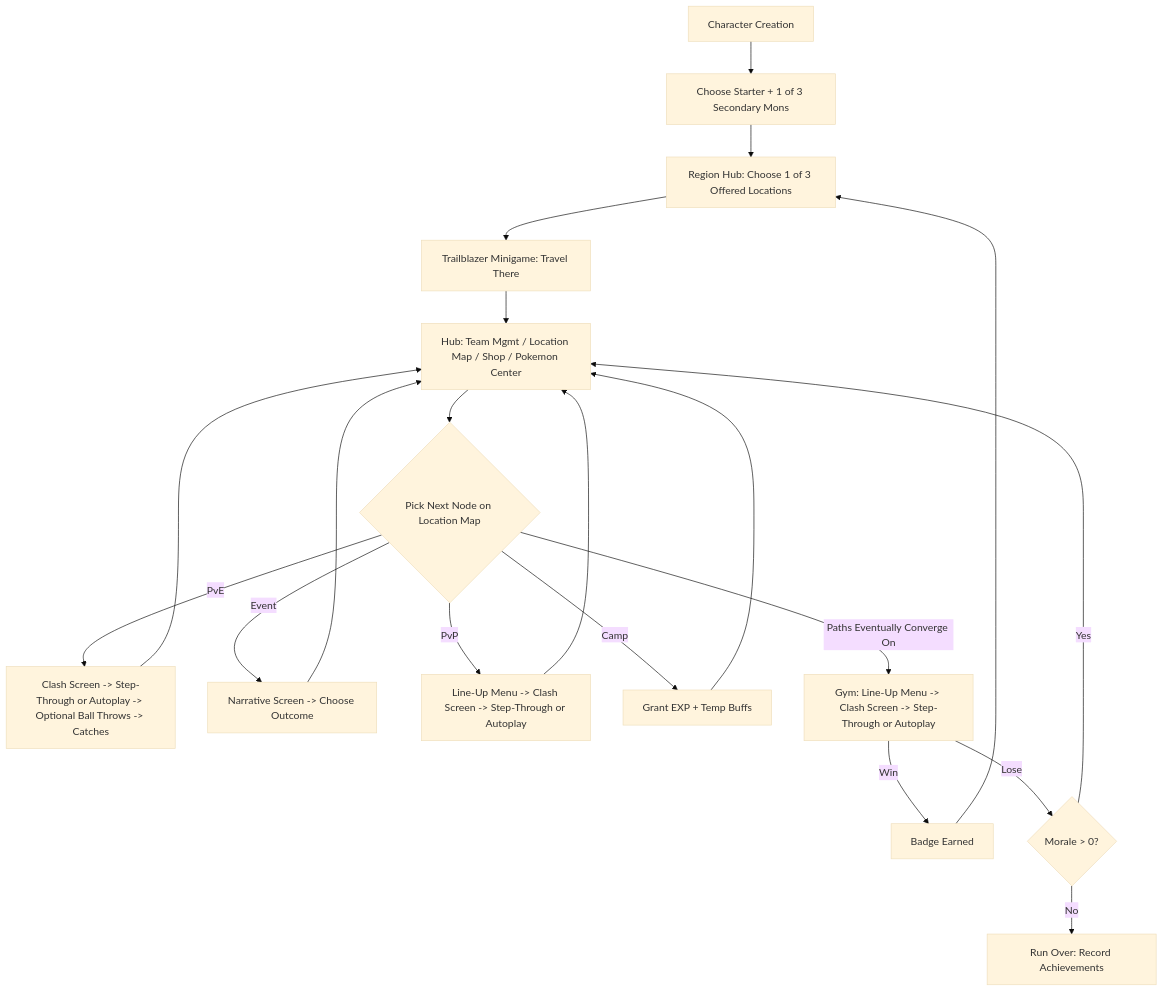
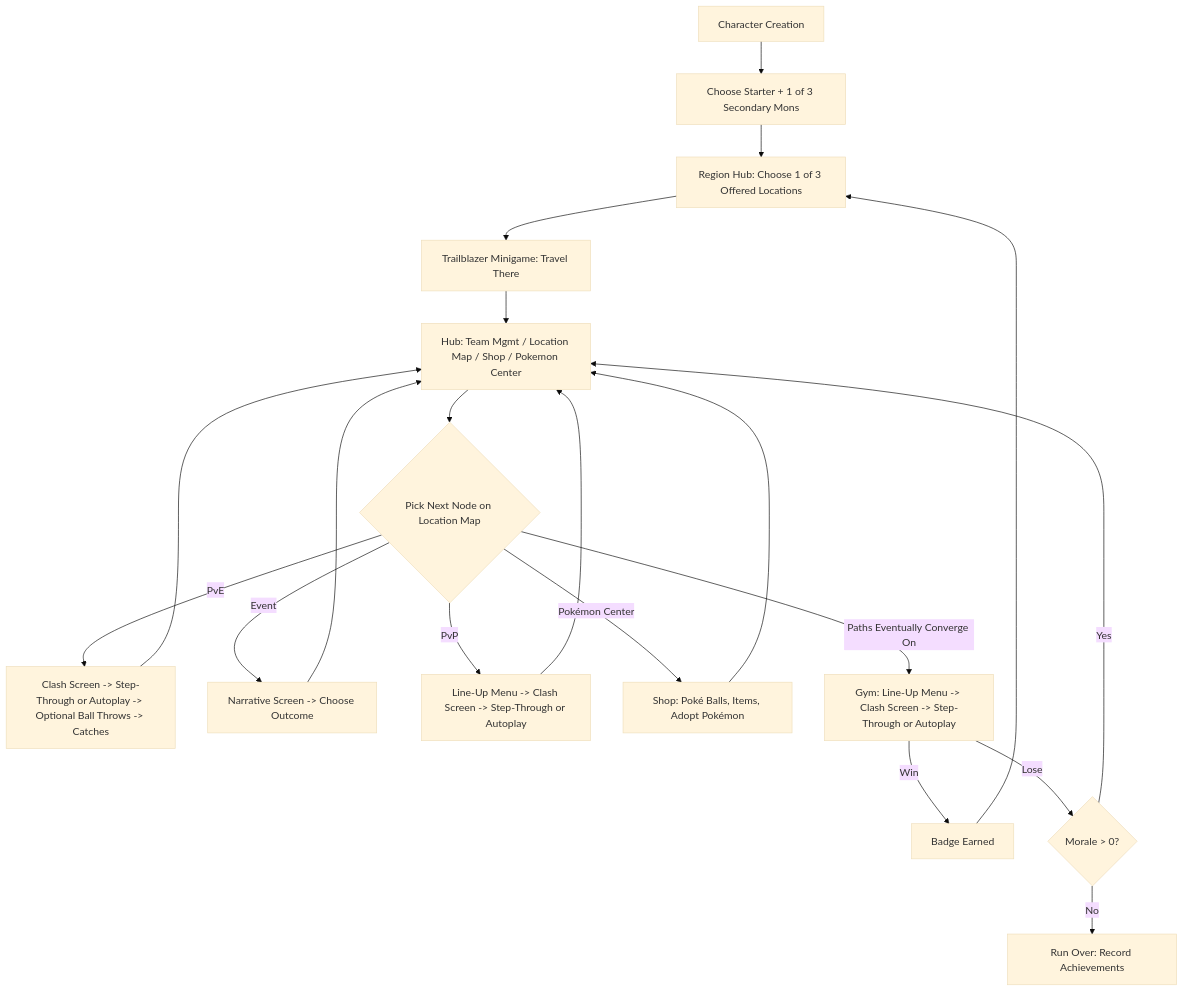
One commit to scgagliardi2/pets changed the diagram in docs/pokemon-roguelite-autobattler-design-doc.md. Above: the diagram before and after it, drawn with Mermaid (base theme). The commit also changed other lines of this file and 100 other files, not shown here.

First line of the commit message:
Turn the Pokémon Center into a shop scene, and add held items

````diff
--- a/docs/pokemon-roguelite-autobattler-design-doc.md
+++ b/docs/pokemon-roguelite-autobattler-design-doc.md
@@ -21,21 +21,21 @@
 ```mermaid
 flowchart TD
     A[Character Creation] --> B[Choose Starter + 1 of 3 Secondary Mons]
     B --> C[Region Hub: Choose 1 of 3 Offered Locations]
     C --> D[Trailblazer Minigame: Travel There]
     D --> E[Hub: Team Mgmt / Location Map / Shop / Pokemon Center]
     E --> F{Pick Next Node on Location Map}
     F -->|PvE| G[Clash Screen -> Step-Through or Autoplay -> Optional Ball Throws -> Catches]
     F -->|Event| H[Narrative Screen -> Choose Outcome]
     F -->|PvP| I[Line-Up Menu -> Clash Screen -> Step-Through or Autoplay]
-    F -->|Camp| J[Grant EXP + Temp Buffs]
+    F -->|Pokémon Center| J[Shop: Poké Balls, Items, Adopt Pokémon]
     G --> E
     H --> E
     I --> E
     J --> E
     F -->|Paths Eventually Converge On| K[Gym: Line-Up Menu -> Clash Screen -> Step-Through or Autoplay]
     K -->|Win| L[Badge Earned] --> C
     K -->|Lose| M{Morale > 0?}
     M -->|Yes| E
     M -->|No| N[Run Over: Record Achievements]
 ```
````
